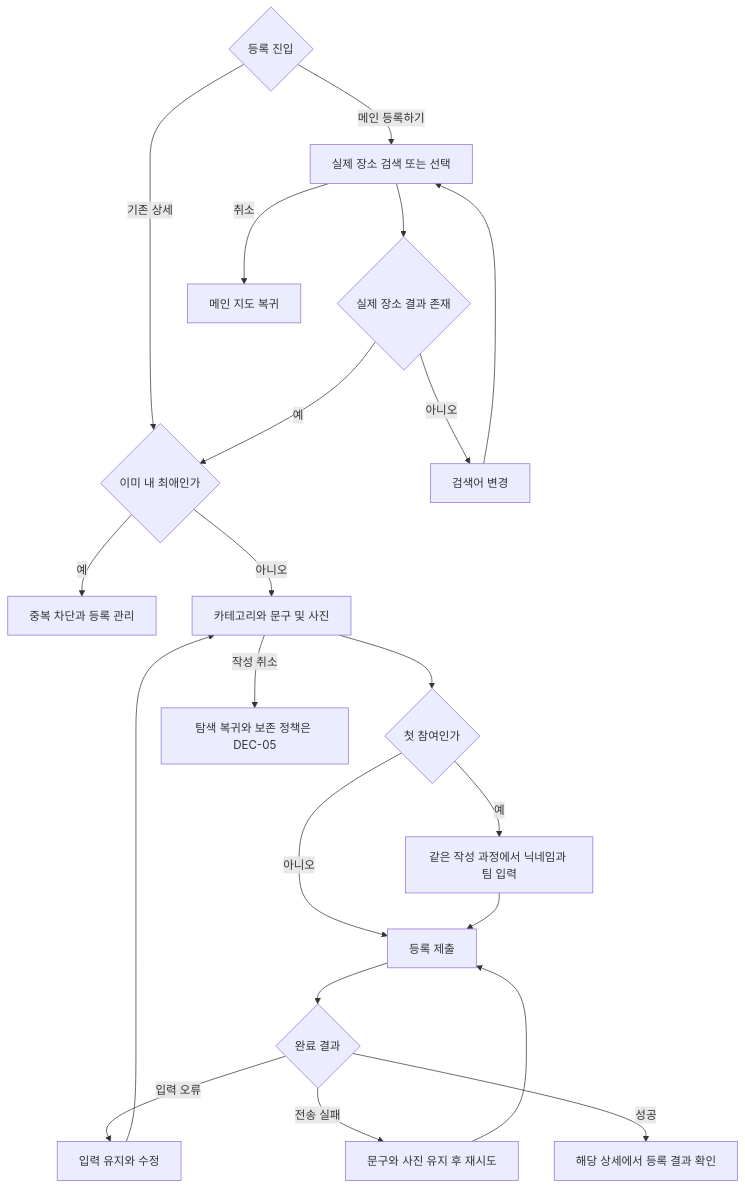
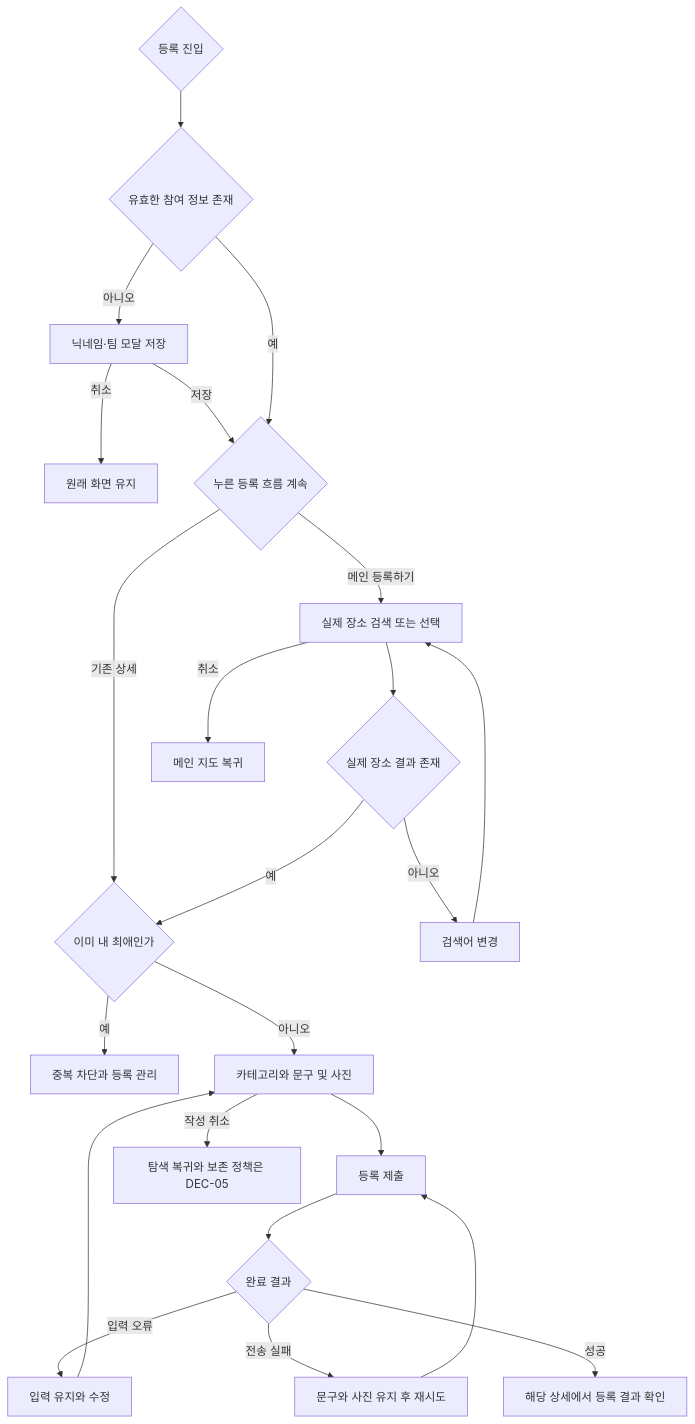
Before and after one commit to tunggary/it-center-food-map: the second of 5 diagrams in docs/2-user-story/participant.md, drawn with Mermaid. The commit also changed other lines of this file and 14 other files, not shown here.

````diff
--- a/docs/2-user-story/participant.md
+++ b/docs/2-user-story/participant.md
@@ -154,23 +154,25 @@
 ```mermaid
 flowchart TD
-    entry{"등록 진입"} -->|"메인 등록하기"| search["실제 장소 검색 또는 선택"]
-    entry -->|"기존 상세"| identity{"이미 내 최애인가"}
+    entry{"등록 진입"} --> profileCheck{"유효한 참여 정보 존재"}
+    profileCheck -->|"아니오"| profile["닉네임·팀 모달 저장"]
+    profile -->|"취소"| origin["원래 화면 유지"]
+    profile -->|"저장"| action{"누른 등록 흐름 계속"}
+    profileCheck -->|"예"| action
+    action -->|"메인 등록하기"| search["실제 장소 검색 또는 선택"]
+    action -->|"기존 상세"| identity{"이미 내 최애인가"}
     search --> found{"실제 장소 결과 존재"}
     found -->|"아니오"| retrySearch["검색어 변경"]
     retrySearch --> search
     search -->|"취소"| home["메인 지도 복귀"]
     found -->|"예"| identity
     identity -->|"예"| manage["중복 차단과 등록 관리"]
     identity -->|"아니오"| compose["카테고리와 문구 및 사진"]
-    compose --> first{"첫 참여인가"}
-    first -->|"예"| profile["같은 작성 과정에서 닉네임과 팀 입력"]
-    first -->|"아니오"| submit["등록 제출"]
-    profile --> submit
+    compose --> submit["등록 제출"]
     submit --> result{"완료 결과"}
     result -->|"입력 오류"| fix["입력 유지와 수정"]
     fix --> compose
     result -->|"전송 실패"| retry["문구와 사진 유지 후 재시도"]
     retry --> submit
     result -->|"성공"| detail["해당 상세에서 등록 결과 확인"]
     compose -->|"작성 취소"| leave["탐색 복귀와 보존 정책은 DEC-05"]
 ```
````
